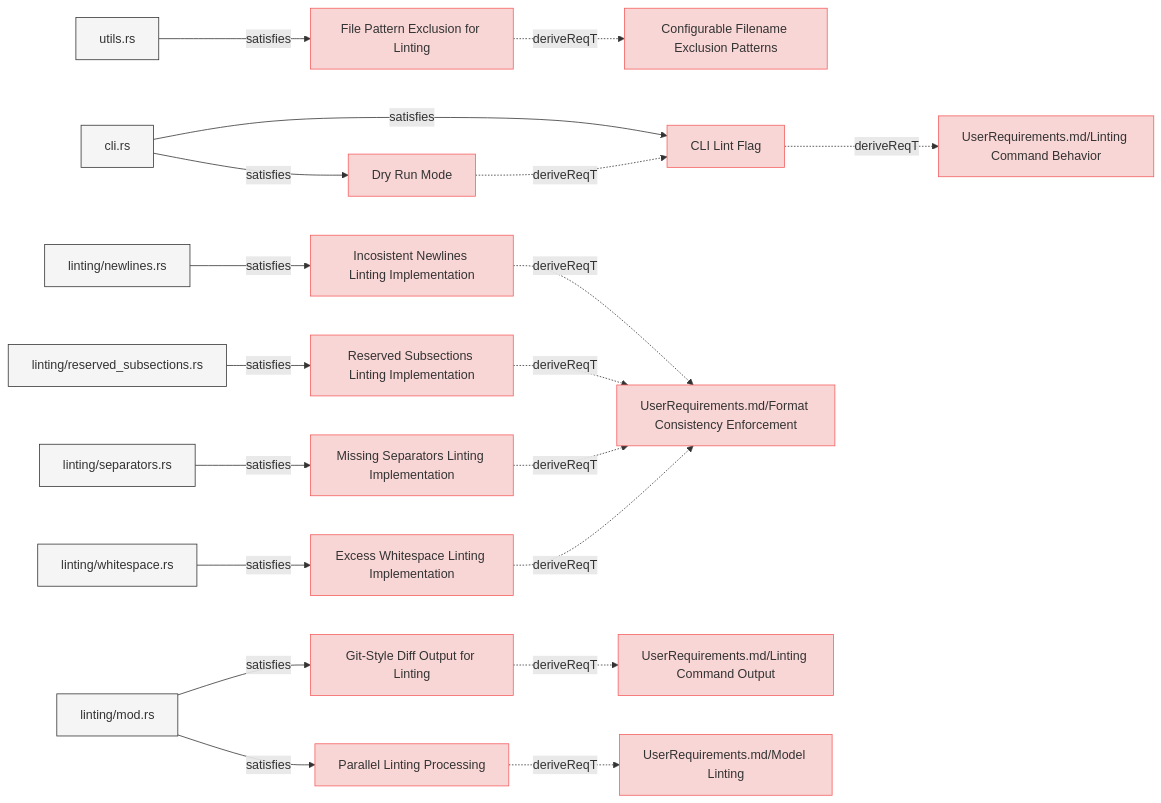
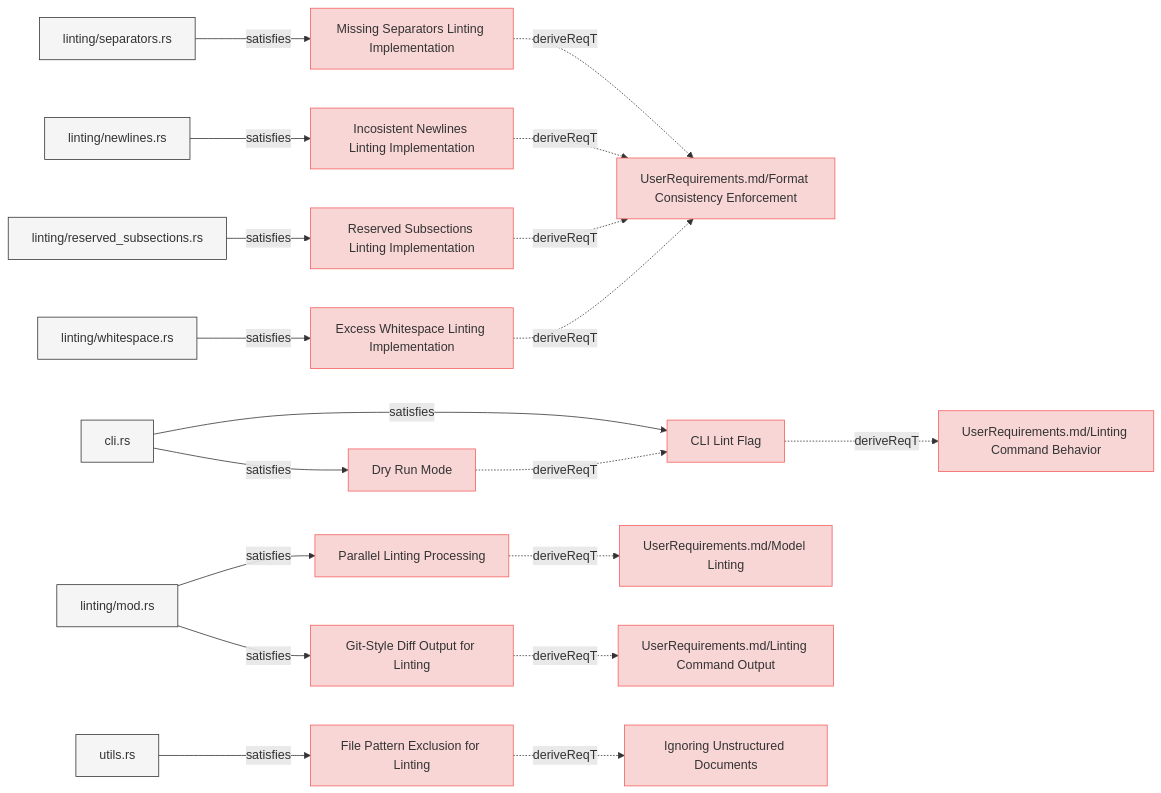
Before and after one commit to reqvire-org/reqvire: the first of 7 diagrams in specifications/SystemRequirements/Requirements.md, drawn with Mermaid. The commit also changed other lines of this file and 72 other files, not shown here.

Commit message:
Major rework of the logic in reqvire. It uses git repository root as root folder and everything else is relative to it. External folders and specifications folder concept has been deprecated.

````diff
--- a/specifications/SystemRequirements/Requirements.md
+++ b/specifications/SystemRequirements/Requirements.md
@@ -9,85 +9,85 @@
   classDef externalLink fill:#d0e0ff,stroke:#3080ff,stroke-width:1px;
   classDef default fill:#f5f5f5,stroke:#333333,stroke-width:1px;
 
-  48e8a0b4b18111c4["File Pattern Exclusion for Linting"];
-  click 48e8a0b4b18111c4 "https://github.com/Reqvire/reqvire/blob/ad88ba6b828e94c93382866fefd058c011c1ac60/specifications/SystemRequirements/Requirements.md#file-pattern-exclusion-for-linting";
-  class 48e8a0b4b18111c4 requirement;
-  4bf74699f40f4a76["Configurable Filename Exclusion Patterns"];
-  class 4bf74699f40f4a76 requirement;
-  click 4bf74699f40f4a76 "https://github.com/Reqvire/reqvire/blob/ad88ba6b828e94c93382866fefd058c011c1ac60/specifications/SystemRequirements/Requirements.md#configurable-filename-exclusion-patterns";
-  48e8a0b4b18111c4 -.->|deriveReqT| 4bf74699f40f4a76;
-  85989fd7bb727157["utils.rs"];
-  class 85989fd7bb727157 default;
-  click 85989fd7bb727157 "https://github.com/Reqvire/reqvire/blob/ad88ba6b828e94c93382866fefd058c011c1ac60/core/src/utils.rs";
-  85989fd7bb727157 -->|satisfies| 48e8a0b4b18111c4;
+  f540b21f7eced636["Missing Separators Linting Implementation"];
+  click f540b21f7eced636 "Requirements.md#missing-separators-linting-implementation";
+  class f540b21f7eced636 requirement;
+  1ddbeea0cf8eaad5["UserRequirements.md/Format Consistency Enforcement"];
+  class 1ddbeea0cf8eaad5 requirement;
+  click 1ddbeea0cf8eaad5 "../UserRequirements.md#format-consistency-enforcement";
+  f540b21f7eced636 -.->|deriveReqT| 1ddbeea0cf8eaad5;
+  45e2af09e602182a["linting/separators.rs"];
+  class 45e2af09e602182a default;
+  click 45e2af09e602182a "../../core/src/linting/separators.rs";
+  45e2af09e602182a -->|satisfies| f540b21f7eced636;
+  c87ad8ce58149089["Parallel Linting Processing"];
+  click c87ad8ce58149089 "Requirements.md#parallel-linting-processing";
+  class c87ad8ce58149089 requirement;
+  84c4dc11e82e8638["UserRequirements.md/Model Linting"];
+  class 84c4dc11e82e8638 requirement;
+  click 84c4dc11e82e8638 "../UserRequirements.md#model-linting";
+  c87ad8ce58149089 -.->|deriveReqT| 84c4dc11e82e8638;
+  3e39cdcf485c5250["linting/mod.rs"];
+  class 3e39cdcf485c5250 default;
+  click 3e39cdcf485c5250 "../../core/src/linting/mod.rs";
+  3e39cdcf485c5250 -->|satisfies| c87ad8ce58149089;
   3f235c1000d5347f["CLI Lint Flag"];
-  click 3f235c1000d5347f "https://github.com/Reqvire/reqvire/blob/ad88ba6b828e94c93382866fefd058c011c1ac60/specifications/SystemRequirements/Requirements.md#cli-lint-flag";
+  click 3f235c1000d5347f "Requirements.md#cli-lint-flag";
   class 3f235c1000d5347f requirement;
   28b0f9fa78937e61["UserRequirements.md/Linting Command Behavior"];
   class 28b0f9fa78937e61 requirement;
-  click 28b0f9fa78937e61 "https://github.com/Reqvire/reqvire/blob/ad88ba6b828e94c93382866fefd058c011c1ac60/specifications/UserRequirements.md#linting-command";
+  click 28b0f9fa78937e61 "../UserRequirements.md#linting-command";
   3f235c1000d5347f -.->|deriveReqT| 28b0f9fa78937e61;
   2f21d2133dbfd205["cli.rs"];
   class 2f21d2133dbfd205 default;
-  click 2f21d2133dbfd205 "https://github.com/Reqvire/reqvire/blob/ad88ba6b828e94c93382866fefd058c011c1ac60/cli/src/cli.rs";
+  click 2f21d2133dbfd205 "../../cli/src/cli.rs";
   2f21d2133dbfd205 -->|satisfies| 3f235c1000d5347f;
   e42a0715e74ccd66["Incosistent Newlines Linting Implementation"];
-  click e42a0715e74ccd66 "https://github.com/Reqvire/reqvire/blob/ad88ba6b828e94c93382866fefd058c011c1ac60/specifications/SystemRequirements/Requirements.md#incosistent-newlines-linting-implementation";
+  click e42a0715e74ccd66 "Requirements.md#incosistent-newlines-linting-implementation";
   class e42a0715e74ccd66 requirement;
-  1ddbeea0cf8eaad5["UserRequirements.md/Format Consistency Enforcement"];
-  class 1ddbeea0cf8eaad5 requirement;
-  click 1ddbeea0cf8eaad5 "https://github.com/Reqvire/reqvire/blob/ad88ba6b828e94c93382866fefd058c011c1ac60/specifications/UserRequirements.md#format-consistency-enforcement";
   e42a0715e74ccd66 -.->|deriveReqT| 1ddbeea0cf8eaad5;
   411d20097517505a["linting/newlines.rs"];
   class 411d20097517505a default;
-  click 411d20097517505a "https://github.com/Reqvire/reqvire/blob/ad88ba6b828e94c93382866fefd058c011c1ac60/core/src/linting/newlines.rs";
+  click 411d20097517505a "../../core/src/linting/newlines.rs";
   411d20097517505a -->|satisfies| e42a0715e74ccd66;
+  48e8a0b4b18111c4["File Pattern Exclusion for Linting"];
+  click 48e8a0b4b18111c4 "Requirements.md#file-pattern-exclusion-for-linting";
+  class 48e8a0b4b18111c4 requirement;
+  be5c69c33c5a4cf6["Ignoring Unstructured Documents"];
+  class be5c69c33c5a4cf6 requirement;
+  click be5c69c33c5a4cf6 "Requirements.md#ignoring-unstructured-documents";
+  48e8a0b4b18111c4 -.->|deriveReqT| be5c69c33c5a4cf6;
+  85989fd7bb727157["utils.rs"];
+  class 85989fd7bb727157 default;
+  click 85989fd7bb727157 "../../core/src/utils.rs";
+  85989fd7bb727157 -->|satisfies| 48e8a0b4b18111c4;
+  d21b16b30de7350d["Dry Run Mode"];
+  click d21b16b30de7350d "Requirements.md#dry-run-mode";
+  class d21b16b30de7350d requirement;
+  d21b16b30de7350d -.->|deriveReqT| 3f235c1000d5347f;
+  2f21d2133dbfd205 -->|satisfies| d21b16b30de7350d;
   56174a2a92eb637["Reserved Subsections Linting Implementation"];
-  click 56174a2a92eb637 "https://github.com/Reqvire/reqvire/blob/ad88ba6b828e94c93382866fefd058c011c1ac60/specifications/SystemRequirements/Requirements.md#reserved-subsections-linting-implementation";
+  click 56174a2a92eb637 "Requirements.md#reserved-subsections-linting-implementation";
   class 56174a2a92eb637 requirement;
   56174a2a92eb637 -.->|deriveReqT| 1ddbeea0cf8eaad5;
   8c7c2481d50c628c["linting/reserved_subsections.rs"];
   class 8c7c2481d50c628c default;
-  click 8c7c2481d50c628c "https://github.com/Reqvire/reqvire/blob/ad88ba6b828e94c93382866fefd058c011c1ac60/core/src/linting/indentation.rs";
+  click 8c7c2481d50c628c "../../core/src/linting/indentation.rs";
   8c7c2481d50c628c -->|satisfies| 56174a2a92eb637;
   7c2ad2603d27c318["Git-Style Diff Output for Linting"];
-  click 7c2ad2603d27c318 "https://github.com/Reqvire/reqvire/blob/ad88ba6b828e94c93382866fefd058c011c1ac60/specifications/SystemRequirements/Requirements.md#git-style-diff-output-for-linting";
+  click 7c2ad2603d27c318 "Requirements.md#git-style-diff-output-for-linting";
   class 7c2ad2603d27c318 requirement;
   62c066a5aad4dafe["UserRequirements.md/Linting Command Output"];
   class 62c066a5aad4dafe requirement;
-  click 62c066a5aad4dafe "https://github.com/Reqvire/reqvire/blob/ad88ba6b828e94c93382866fefd058c011c1ac60/specifications/UserRequirements.md#linting-command-output";
+  click 62c066a5aad4dafe "../UserRequirements.md#linting-command-output";
   7c2ad2603d27c318 -.->|deriveReqT| 62c066a5aad4dafe;
-  3e39cdcf485c5250["linting/mod.rs"];
-  class 3e39cdcf485c5250 default;
-  click 3e39cdcf485c5250 "https://github.com/Reqvire/reqvire/blob/ad88ba6b828e94c93382866fefd058c011c1ac60/core/src/linting/mod.rs";
   3e39cdcf485c5250 -->|satisfies| 7c2ad2603d27c318;
-  f540b21f7eced636["Missing Separators Linting Implementation"];
-  click f540b21f7eced636 "https://github.com/Reqvire/reqvire/blob/ad88ba6b828e94c93382866fefd058c011c1ac60/specifications/SystemRequirements/Requirements.md#missing-separators-linting-implementation";
-  class f540b21f7eced636 requirement;
-  f540b21f7eced636 -.->|deriveReqT| 1ddbeea0cf8eaad5;
-  45e2af09e602182a["linting/separators.rs"];
-  class 45e2af09e602182a default;
-  click 45e2af09e602182a "https://github.com/Reqvire/reqvire/blob/ad88ba6b828e94c93382866fefd058c011c1ac60/core/src/linting/separators.rs";
-  45e2af09e602182a -->|satisfies| f540b21f7eced636;
-  d21b16b30de7350d["Dry Run Mode"];
-  click d21b16b30de7350d "https://github.com/Reqvire/reqvire/blob/ad88ba6b828e94c93382866fefd058c011c1ac60/specifications/SystemRequirements/Requirements.md#dry-run-mode";
-  class d21b16b30de7350d requirement;
-  d21b16b30de7350d -.->|deriveReqT| 3f235c1000d5347f;
-  2f21d2133dbfd205 -->|satisfies| d21b16b30de7350d;
   ab8dfb01e717d34["Excess Whitespace Linting Implementation"];
-  click ab8dfb01e717d34 "https://github.com/Reqvire/reqvire/blob/ad88ba6b828e94c93382866fefd058c011c1ac60/specifications/SystemRequirements/Requirements.md#excess-whitespace-linting-implementation";
+  click ab8dfb01e717d34 "Requirements.md#excess-whitespace-linting-implementation";
   class ab8dfb01e717d34 requirement;
   ab8dfb01e717d34 -.->|deriveReqT| 1ddbeea0cf8eaad5;
   fd5178bf78bae55c["linting/whitespace.rs"];
   class fd5178bf78bae55c default;
-  click fd5178bf78bae55c "https://github.com/Reqvire/reqvire/blob/ad88ba6b828e94c93382866fefd058c011c1ac60/core/src/linting/whitespace.rs";
+  click fd5178bf78bae55c "../../core/src/linting/whitespace.rs";
   fd5178bf78bae55c -->|satisfies| ab8dfb01e717d34;
-  c87ad8ce58149089["Parallel Linting Processing"];
-  click c87ad8ce58149089 "https://github.com/Reqvire/reqvire/blob/ad88ba6b828e94c93382866fefd058c011c1ac60/specifications/SystemRequirements/Requirements.md#parallel-linting-processing";
-  class c87ad8ce58149089 requirement;
-  84c4dc11e82e8638["UserRequirements.md/Model Linting"];
-  class 84c4dc11e82e8638 requirement;
-  click 84c4dc11e82e8638 "https://github.com/Reqvire/reqvire/blob/ad88ba6b828e94c93382866fefd058c011c1ac60/specifications/UserRequirements.md#model-linting";
-  c87ad8ce58149089 -.->|deriveReqT| 84c4dc11e82e8638;
-  3e39cdcf485c5250 -->|satisfies| c87ad8ce58149089;
 ```
````
